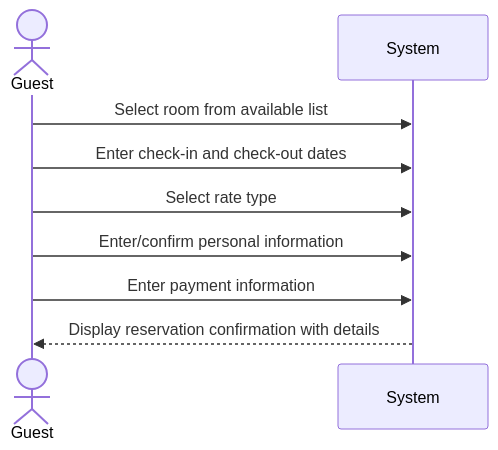
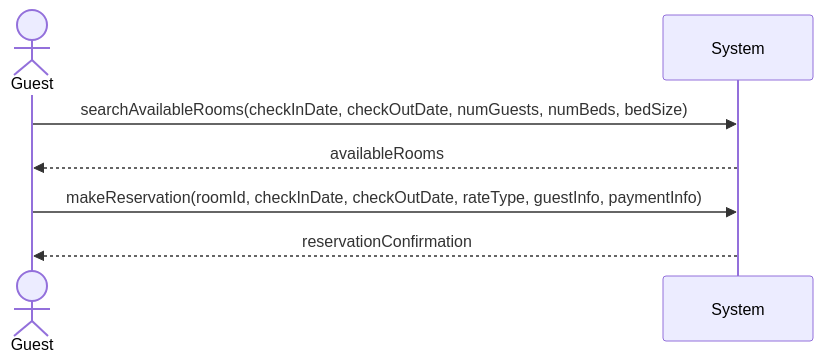
The diagram in Documentation/User-Cases/MakeReservation.md (JaceYar/Software1-Proj), drawn with Mermaid before and after one commit. The commit also changed 18 other files, not shown here.

````diff
--- a/Documentation/User-Cases/MakeReservation.md
+++ b/Documentation/User-Cases/MakeReservation.md
@@ -11,12 +11,10 @@
 ```mermaid
 sequenceDiagram
     actor Guest
     participant System
 
-    Guest->>System: Select room from available list
-    Guest->>System: Enter check-in and check-out dates
-    Guest->>System: Select rate type
-    Guest->>System: Enter/confirm personal information
-    Guest->>System: Enter payment information
-    System-->>Guest: Display reservation confirmation with details
+    Guest->>System: searchAvailableRooms(checkInDate, checkOutDate, numGuests, numBeds, bedSize)
+    System-->>Guest: availableRooms
+    Guest->>System: makeReservation(roomId, checkInDate, checkOutDate, rateType, guestInfo, paymentInfo)
+    System-->>Guest: reservationConfirmation
 ```
````
